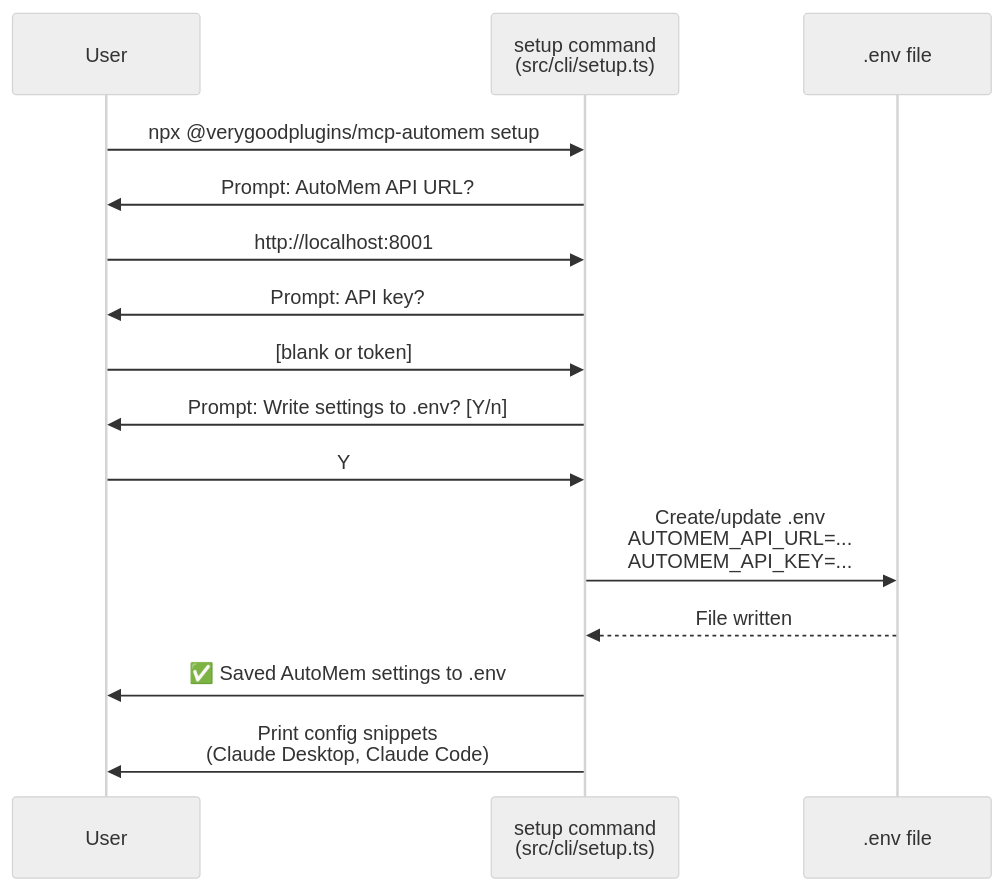
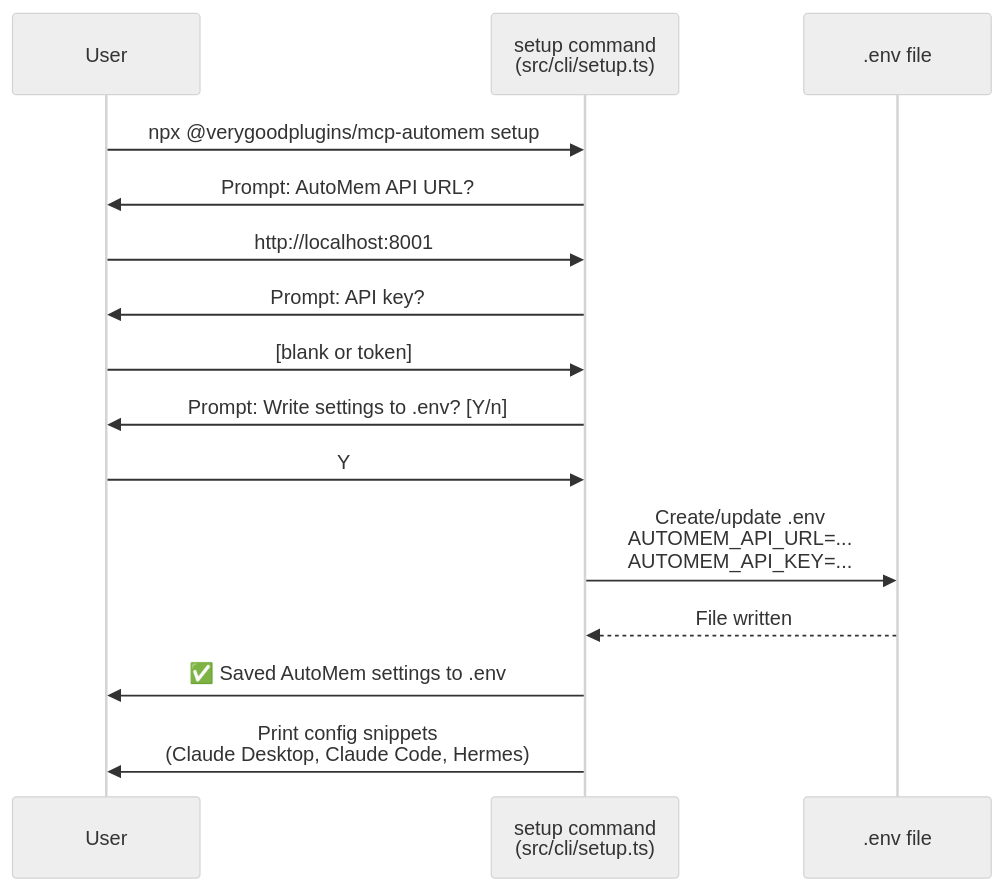
The second of 2 diagrams in src/content/docs/docs/cli/setup.md (verygoodplugins/automem-website), drawn with Mermaid (neutral theme) before and after one commit. The commit also changed other lines of this file, not shown here.

First line of the commit message:
docs: fix drift in CLI setup page

````diff
--- a/src/content/docs/docs/cli/setup.md
+++ b/src/content/docs/docs/cli/setup.md
@@ -268,20 +268,20 @@
 ```mermaid
 sequenceDiagram
     participant User
     participant CLI as setup command<br/>(src/cli/setup.ts)
     participant ENV as .env file
 
     User->>CLI: npx @verygoodplugins/mcp-automem setup
     CLI->>User: Prompt: AutoMem API URL?
     User->>CLI: http://localhost:8001
     CLI->>User: Prompt: API key?
     User->>CLI: [blank or token]
     CLI->>User: Prompt: Write settings to .env? [Y/n]
     User->>CLI: Y
 
     CLI->>ENV: Create/update .env<br/>AUTOMEM_API_URL=...<br/>AUTOMEM_API_KEY=...
     ENV-->>CLI: File written
     CLI->>User: ✅ Saved AutoMem settings to .env
 
-    CLI->>User: Print config snippets<br/>(Claude Desktop, Claude Code)
+    CLI->>User: Print config snippets<br/>(Claude Desktop, Claude Code, Hermes)
 ```
````
